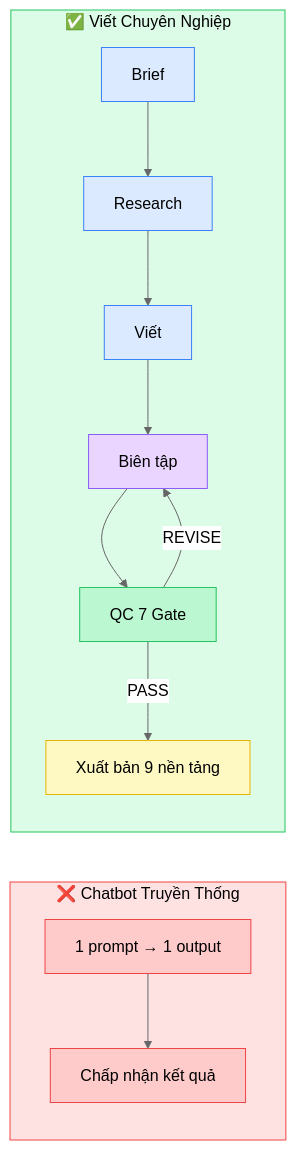
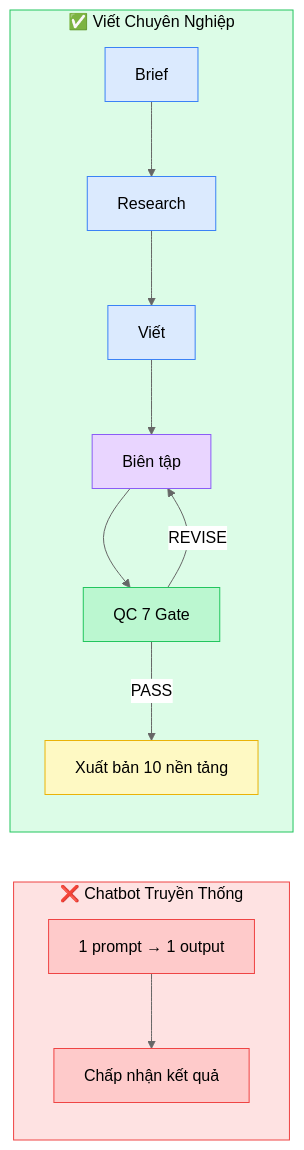
The first of 8 diagrams in README.md (xaotiensinh-abm/viet-chuyen-nghiep), drawn with Mermaid (neutral theme) before and after one commit. The commit also changed other lines of this file, not shown here.

Commit message:
docs: Update README.md for v3.2 — new pipelines, workers, fiction spotlight, architecture diagrams

````diff
--- a/README.md
+++ b/README.md
@@ -27,25 +43,25 @@
 ```mermaid
 graph LR
     subgraph OLD["❌ Chatbot Truyền Thống"]
         A["1 prompt → 1 output"] --> B["Chấp nhận kết quả"]
     end
     subgraph NEW["✅ Viết Chuyên Nghiệp"]
         C["Brief"] --> D["Research"]
         D --> E["Viết"]
         E --> F["Biên tập"]
         F --> G["QC 7 Gate"]
-        G -->|PASS| H["Xuất bản 9 nền tảng"]
+        G -->|PASS| H["Xuất bản 10 nền tảng"]
         G -->|REVISE| F
     end
 
     style OLD fill:#fee2e2,stroke:#ef4444,color:#000
     style NEW fill:#dcfce7,stroke:#22c55e,color:#000
     style A fill:#fecaca,stroke:#ef4444,color:#000
     style B fill:#fecaca,stroke:#ef4444,color:#000
     style C fill:#dbeafe,stroke:#3b82f6,color:#000
     style D fill:#dbeafe,stroke:#3b82f6,color:#000
     style E fill:#dbeafe,stroke:#3b82f6,color:#000
     style F fill:#e9d5ff,stroke:#8b5cf6,color:#000
     style G fill:#bbf7d0,stroke:#22c55e,color:#000
     style H fill:#fef9c3,stroke:#eab308,color:#000
 ```
````
